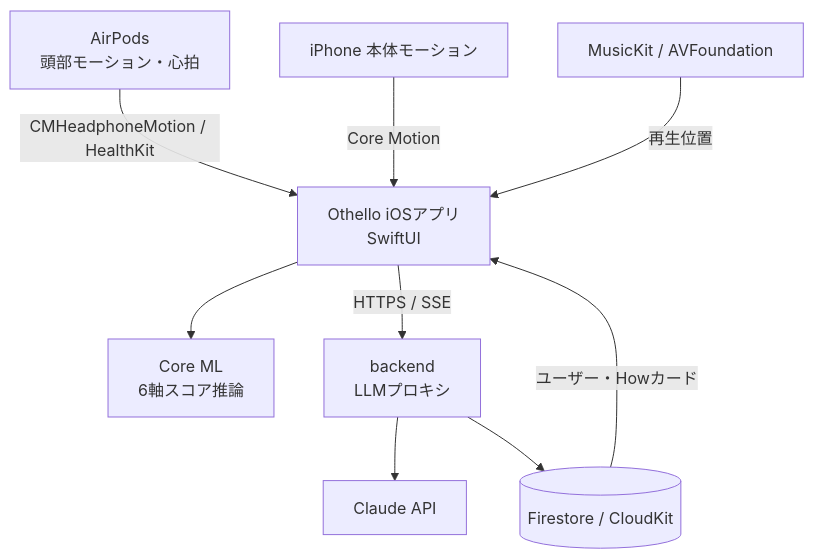
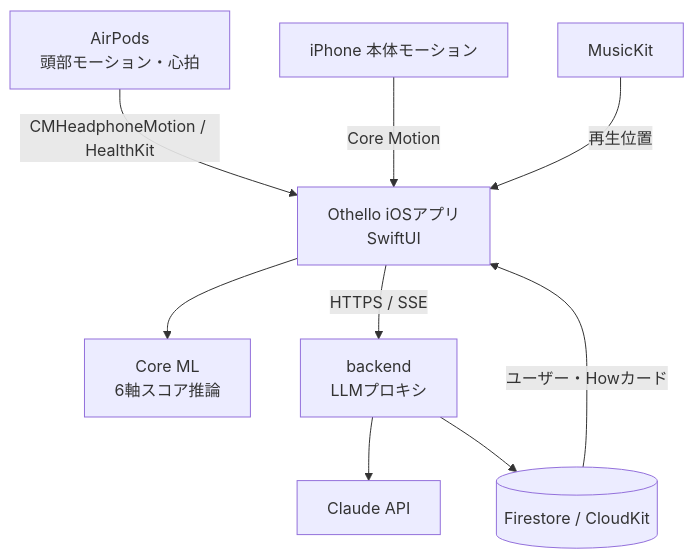
One commit to engineer-guild-hackathon-2026-05/team-10 changed the first of 5 diagrams in docs/functional-design.md. Above: the diagram before and after it, drawn with Mermaid. The commit also changed other lines of this file and 27 other files, not shown here.

Commit message:
feat: connect MusicKit playback and Musixmatch lyrics

````diff
--- a/docs/functional-design.md
+++ b/docs/functional-design.md
@@ -7,20 +7,20 @@
 ```mermaid
 graph TB
     AirPods[AirPods<br/>頭部モーション・心拍]
     iPhone[iPhone 本体モーション]
     App[Othello iOSアプリ<br/>SwiftUI]
     CoreML[Core ML<br/>6軸スコア推論]
     BE[backend<br/>LLMプロキシ]
     LLM[Claude API]
     DB[(Firestore / CloudKit)]
-    Music[MusicKit / AVFoundation]
+    Music[MusicKit]
 
     AirPods -->|CMHeadphoneMotion / HealthKit| App
     iPhone -->|Core Motion| App
     Music -->|再生位置| App
     App --> CoreML
     App -->|HTTPS / SSE| BE
     BE --> LLM
     BE --> DB
     DB -->|ユーザー・Howカード| App
 ```
````
